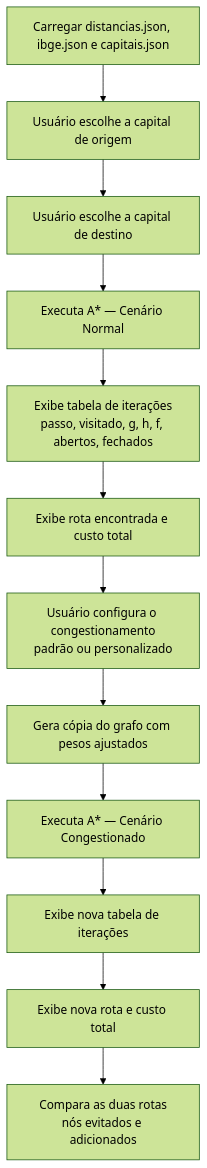
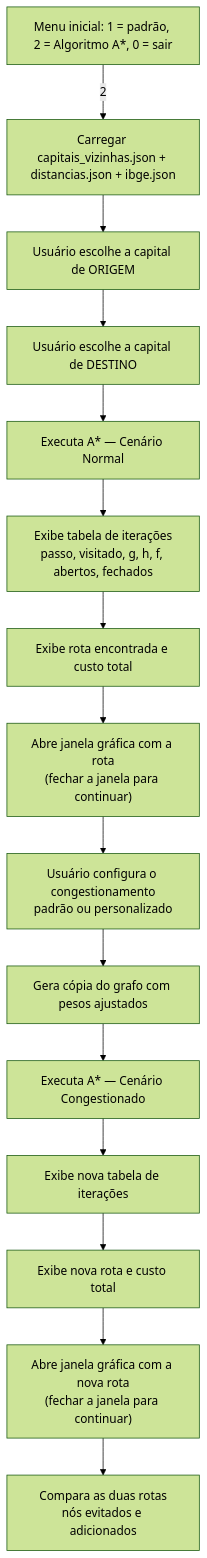
Before and after one commit to rafaelcunhaa/Manipulaco_Grafo: the diagram in README.md, drawn with Mermaid (forest theme). The commit also changed other lines of this file and 1 other file, not shown here.

````diff
--- a/README.md
+++ b/README.md
@@ -94,14 +102,17 @@
 ```mermaid
 flowchart TD
-    A["Carregar distancias.json, ibge.json e capitais.json"] --> B["Usuário escolhe a capital de origem"]
-    B --> C["Usuário escolhe a capital de destino"]
+    M["Menu inicial: 1 = padrão, 2 = Algoritmo A*, 0 = sair"] -->|"2"| A["Carregar capitais_vizinhas.json + distancias.json + ibge.json"]
+    A --> B["Usuário escolhe a capital de ORIGEM"]
+    B --> C["Usuário escolhe a capital de DESTINO"]
     C --> D["Executa A* — Cenário Normal"]
     D --> E["Exibe tabela de iterações<br/>passo, visitado, g, h, f, abertos, fechados"]
     E --> F["Exibe rota encontrada e custo total"]
-    F --> G["Usuário configura o congestionamento<br/>padrão ou personalizado"]
+    F --> F2["Abre janela gráfica com a rota<br/>(fechar a janela para continuar)"]
+    F2 --> G["Usuário configura o congestionamento<br/>padrão ou personalizado"]
     G --> H["Gera cópia do grafo com pesos ajustados"]
     H --> I["Executa A* — Cenário Congestionado"]
     I --> J["Exibe nova tabela de iterações"]
     J --> K["Exibe nova rota e custo total"]
-    K --> L["Compara as duas rotas<br/>nós evitados e adicionados"]
+    K --> K2["Abre janela gráfica com a nova rota<br/>(fechar a janela para continuar)"]
+    K2 --> L["Compara as duas rotas<br/>nós evitados e adicionados"]
 ```
````
